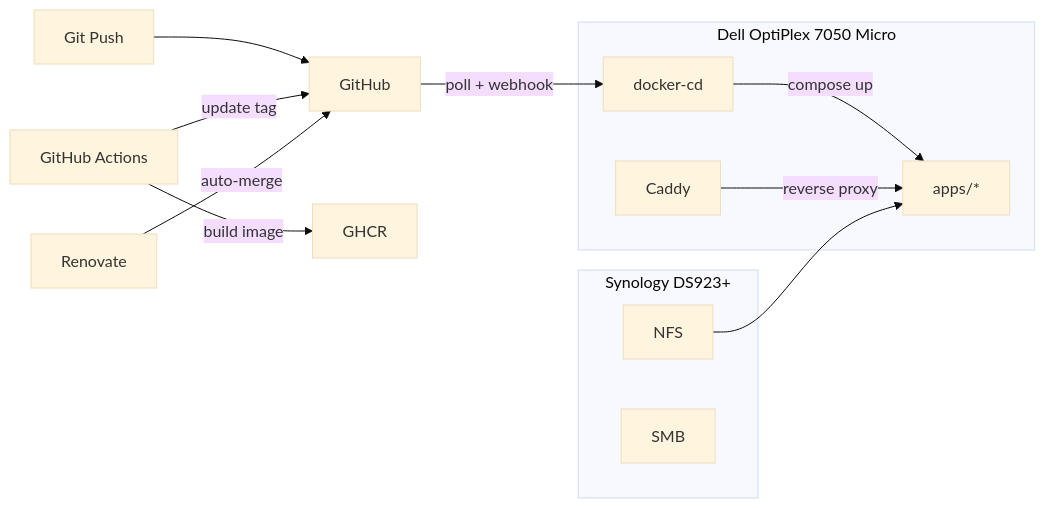
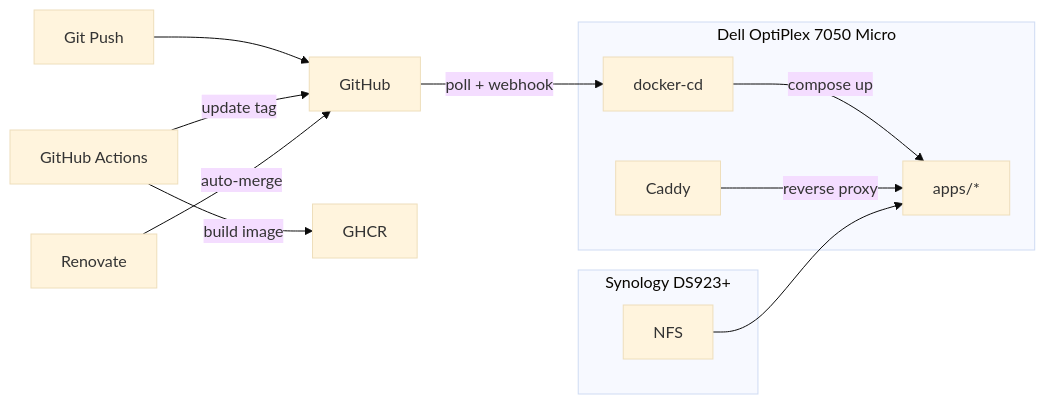
The first of 2 diagrams in README.md (wajeht/home-ops), drawn with Mermaid (base theme) before and after one commit. The commit also changed other lines of this file, not shown here.

Commit message:
docs: simplify network diagram to focus on essential components

````diff
--- a/README.md
+++ b/README.md
@@ -18,20 +18,19 @@
 ```mermaid
 flowchart LR
     git[Git Push] --> github[GitHub]
     actions[GitHub Actions] -->|build image| ghcr[GHCR]
     actions -->|update tag| github
     renovate[Renovate] -->|auto-merge| github
     github -->|poll + webhook| docker_cd
 
     subgraph dell[Dell OptiPlex 7050 Micro]
         docker_cd[docker-cd] -->|compose up| apps[apps/*]
         caddy[Caddy] -->|reverse proxy| apps
     end
 
     subgraph nas[Synology DS923+]
         nfs[NFS]
-        smb[SMB]
     end
 
     nfs --> apps
 ```
````
